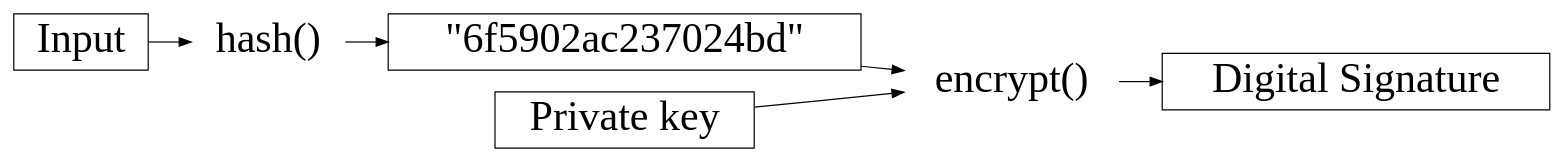
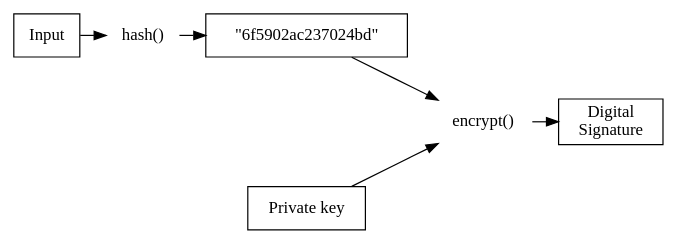
Before and after one commit to froland/semisecu: the diagram in presentation/slides/img/signature-schema.dot, drawn with Graphviz. The commit also changed 2 other files, not shown here.

```diff
--- a/presentation/slides/img/signature-schema.dot
+++ b/presentation/slides/img/signature-schema.dot
@@ -1,15 +1,17 @@
 digraph Signature {
 	rankdir = LR
 	margin = 0
+	ranksep = 0.3
+	nodesep = 1.5
 	node [ shape = none ]
 
-	Input [ shape = box, fontsize = 35 ]
-	HashFunction [ label = "hash()", fontsize = 35 ]
-	Hash [ shape = box, label = "\"6f5902ac237024bd\"", fontsize = 35]
-	PrivateKey [ shape = box, label = "Private key", fontsize = 35 ]
-	Encryption [ label = "encrypt()", fontsize = 35 ]
-	Signature [ shape = box, label = "Digital Signature", fontsize = 35 ]
+	Input [ shape = box ]
+	HashFunction [ label = "hash()" ]
+	Hash [ shape = box, label = "\"6f5902ac237024bd\"" ]
+	PrivateKey [ shape = box, label = "Private key" ]
+	Encryption [ label = "encrypt()" ]
+	Signature [ shape = box, label = "Digital\nSignature" ]
 
 	Input -> HashFunction -> Hash
 	{ Hash PrivateKey } -> Encryption -> Signature
 }
```
